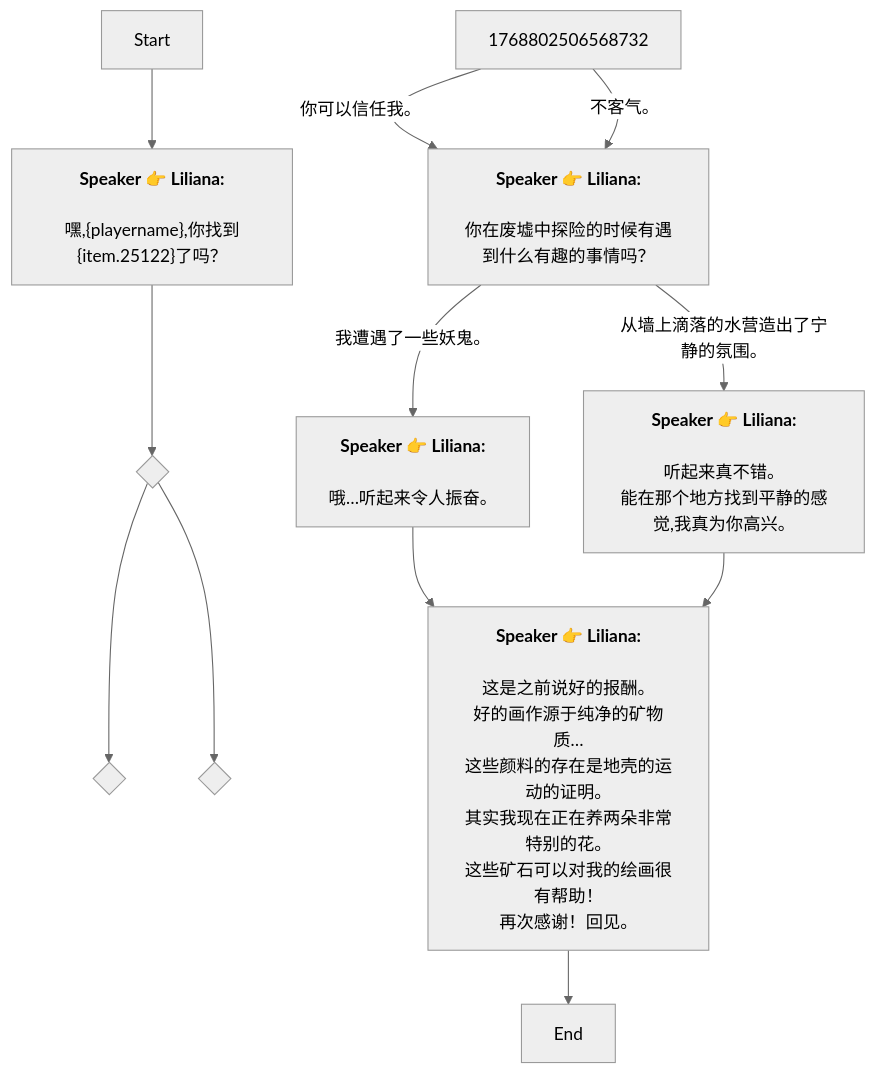
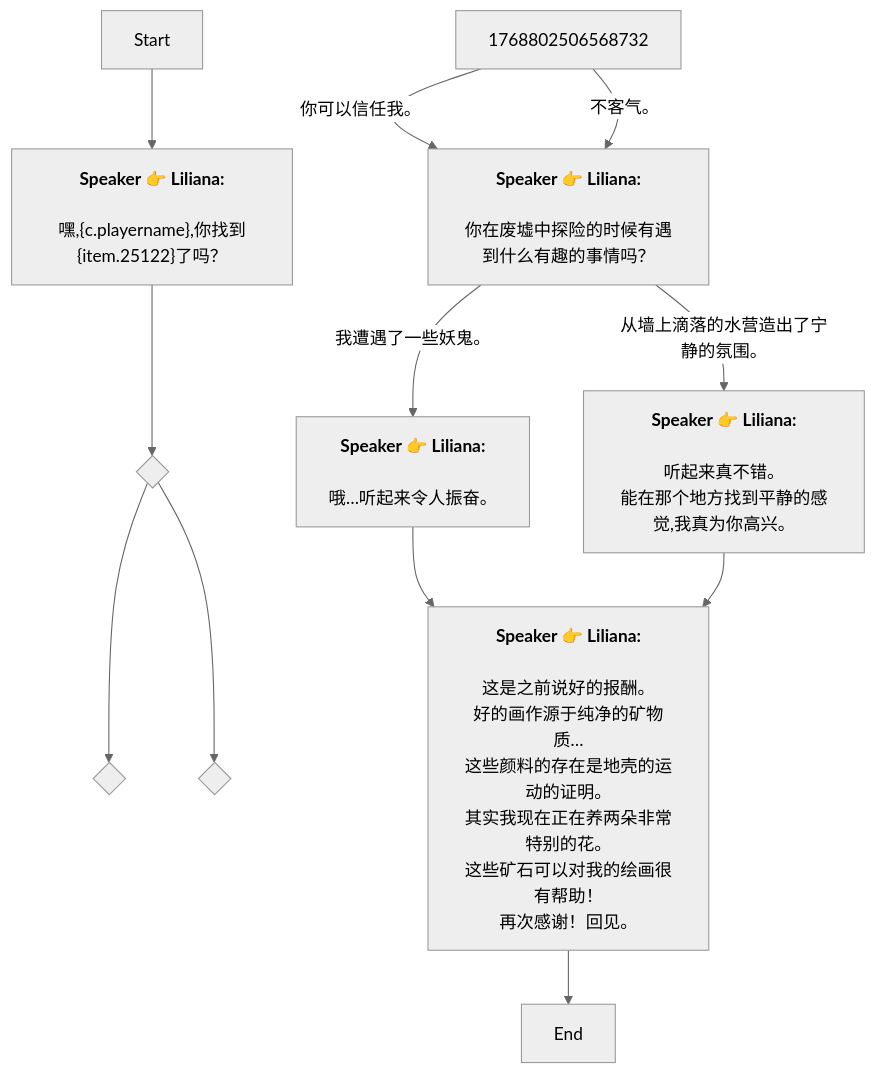
One commit to SoftHu/tos_avg changed the diagram in Zh/QuestNPCDeliveryENode_1768802081762318.md. Above: the diagram before and after it, drawn with Mermaid (neutral theme). The commit also changed 410 other files, not shown here.

````diff
--- a/Zh/QuestNPCDeliveryENode_1768802081762318.md
+++ b/Zh/QuestNPCDeliveryENode_1768802081762318.md
@@ -1,27 +1,27 @@
 ```mermaid
 graph
 Start -->1768802449917971[<b>Speaker 👉 Liliana:</b>
-\n嘿,&lbrace;playername&rbrace;,你找到&lbrace;item.25122&rbrace;了吗？]
+\n嘿,&lbrace;c.playername&rbrace;,你找到&lbrace;item.25122&rbrace;了吗？]
 1768802449917971 -->1768802426206226{ }
 1768802426206226 -->1768802472486932{ }
 1768802426206226 -->1768802491199513{ }
 1768802506568732 -->|你可以信任我。|1768802614336548[<b>Speaker 👉 Liliana:</b>
 \n你在废墟中探险的时候有遇到什么有趣的事情吗？]
 1768802506568732 -->|不客气。|1768802614336548[<b>Speaker 👉 Liliana:</b>
 \n你在废墟中探险的时候有遇到什么有趣的事情吗？]
 1768802614336548 -->|我遭遇了一些妖鬼。|1768802653325354[<b>Speaker 👉 Liliana:</b>
 \n哦…听起来令人振奋。]
 1768802614336548 -->|从墙上滴落的水营造出了宁静的氛围。|1768802663928875[<b>Speaker 👉 Liliana:</b>
 \n听起来真不错。
 能在那个地方找到平静的感觉,我真为你高兴。]
 1768802653325354 -->1768802679028780[<b>Speaker 👉 Liliana:</b>
 \n这是之前说好的报酬。\n好的画作源于纯净的矿物质…
 这些颜料的存在是地壳的运动的证明。\n其实我现在正在养两朵非常特别的花。
 这些矿石可以对我的绘画很有帮助！\n再次感谢！回见。]
 1768802679028780 -->1768802558461981[End]
 1768802663928875 -->1768802679028780[<b>Speaker 👉 Liliana:</b>
 \n这是之前说好的报酬。\n好的画作源于纯净的矿物质…
 这些颜料的存在是地壳的运动的证明。\n其实我现在正在养两朵非常特别的花。
 这些矿石可以对我的绘画很有帮助！\n再次感谢！回见。]
 
 ```
````
